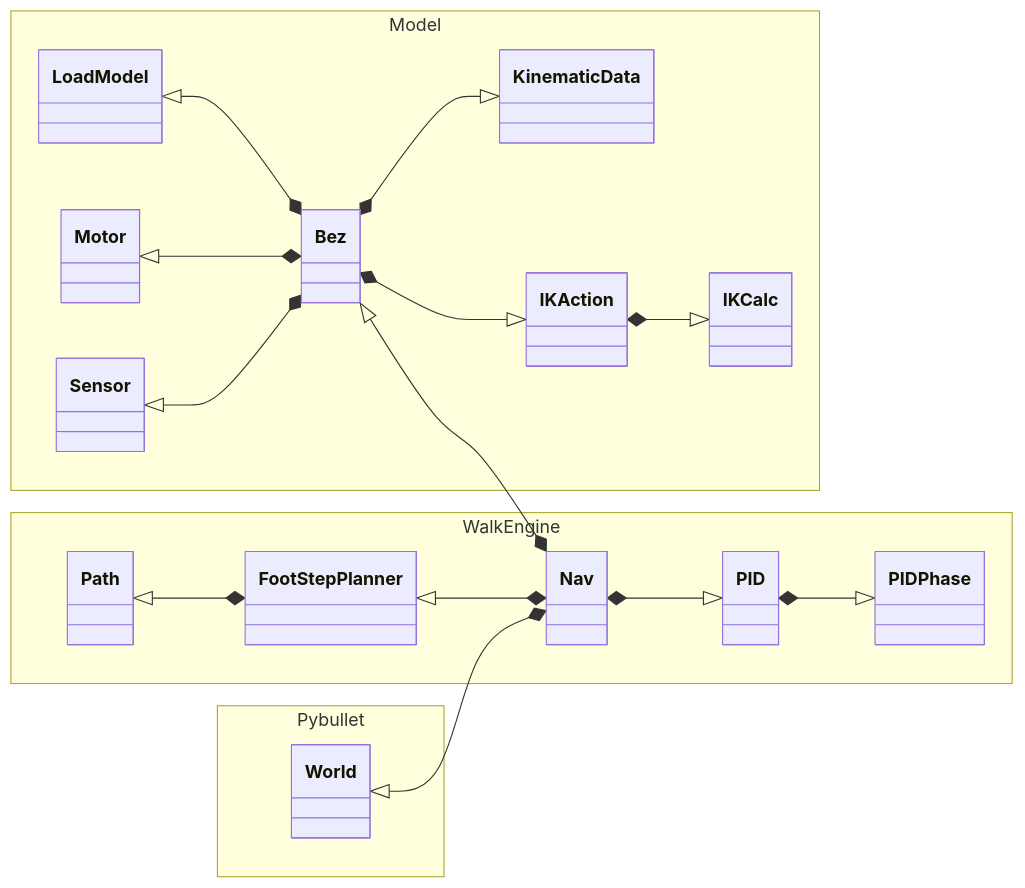
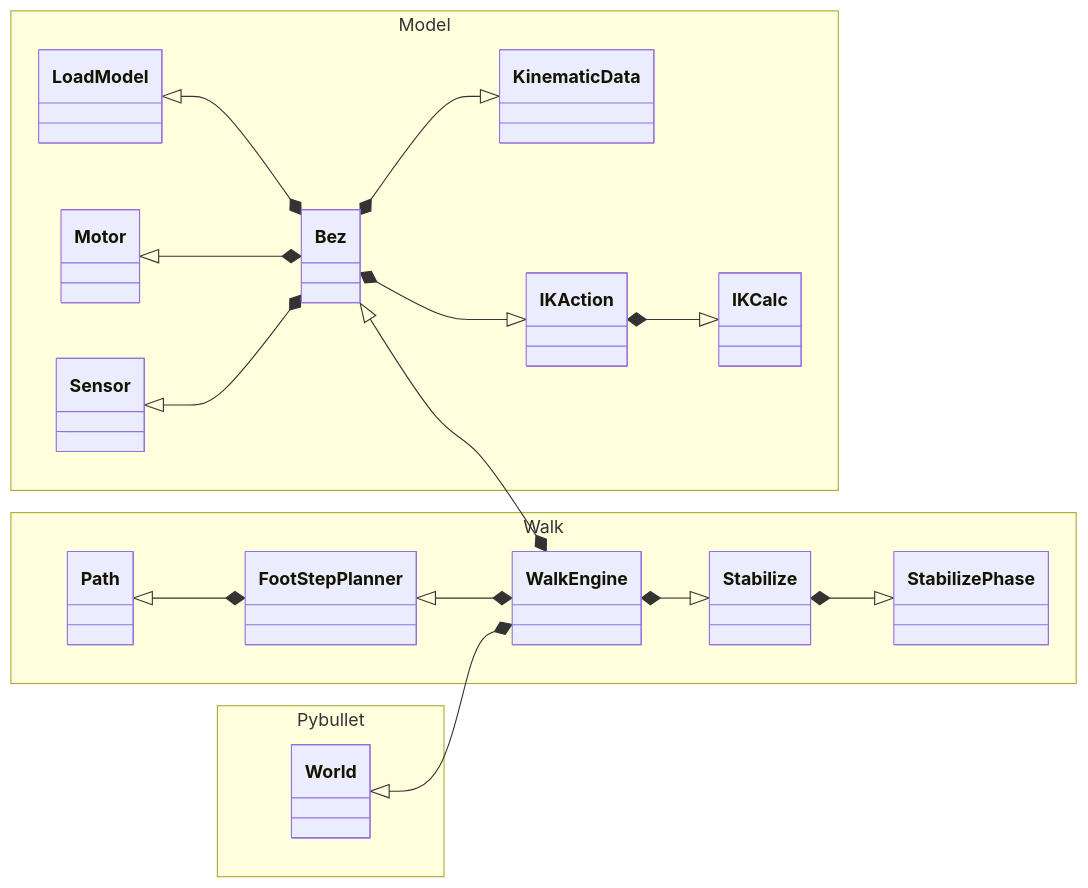
The diagram in soccer_control/soccer_pycontrol/doc/ClassDiagrams.md (utra-robosoccer/soccerbot), drawn with Mermaid before and after one commit. The commit also changed 13 other files, not shown here.

````diff
--- a/soccer_control/soccer_pycontrol/doc/ClassDiagrams.md
+++ b/soccer_control/soccer_pycontrol/doc/ClassDiagrams.md
@@ -5,53 +5,53 @@
 ```mermaid
 %%{init: {"classDiagram": {"useMaxWidth": false}} }%%
 classDiagram
     direction LR
     namespace Model {
         class Bez
         class Motor
         class Sensor
         class LoadModel
         class KinematicData
         class IKAction
         class IKCalc
     }
-    namespace WalkEngine {
-        class Nav
+    namespace Walk {
+        class WalkEngine
         class FootStepPlanner
         class Path
-        class PID
-        class PIDPhase
+        class Stabilize
+        class StabilizePhase
 
     }
     namespace Pybullet {
         class World
 
     }
 %%    Bez *--|> LoadModel
     LoadModel <|--* Bez
 %%    Bez *--|> Motor
     Motor <|--* Bez
 %%    Bez *--|> Sensor
     Sensor <|--* Bez
 
     Bez *--|> KinematicData
     Bez *--|> IKAction
     IKAction *--|> IKCalc
 
 
 %%    Nav *--|> FootStepPlanner
-    FootStepPlanner <|--* Nav
+    FootStepPlanner <|--* WalkEngine
 %%    FootStepPlanner *--|> Path
     Path <|--* FootStepPlanner
 
-    Nav *--|> PID
-    PID *--|> PIDPhase
+    WalkEngine *--|> Stabilize
+    Stabilize *--|> StabilizePhase
 
 %%    Nav *--|> World
-    World <|--* Nav
+    World <|--* WalkEngine
 %%    Nav *--|> Bez
-    Bez <|--* Nav
+    Bez <|--* WalkEngine
 
 
 
 ```
````
